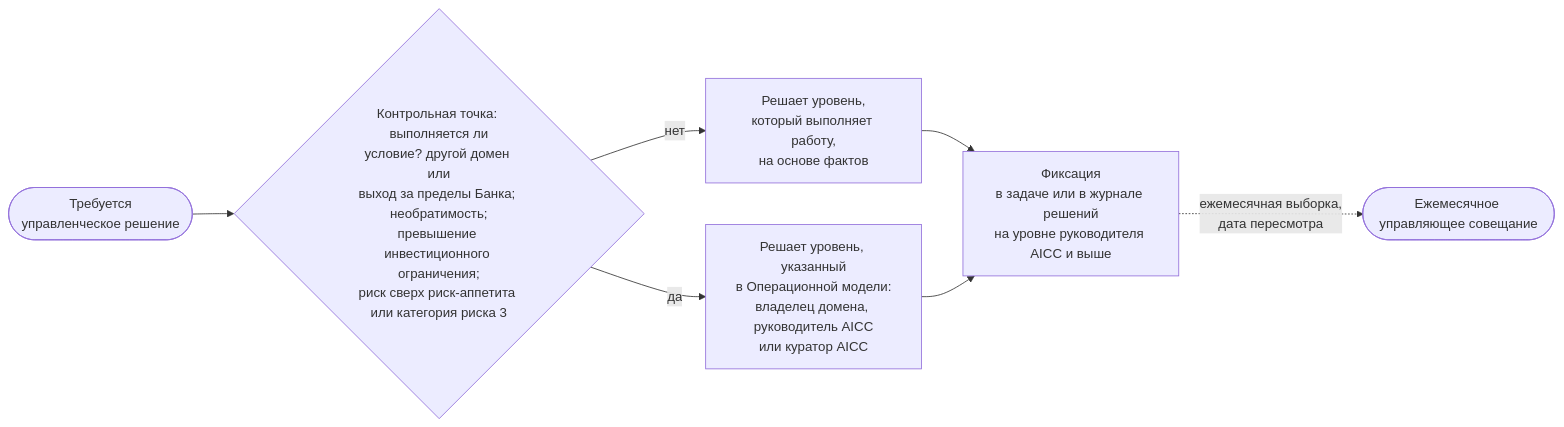
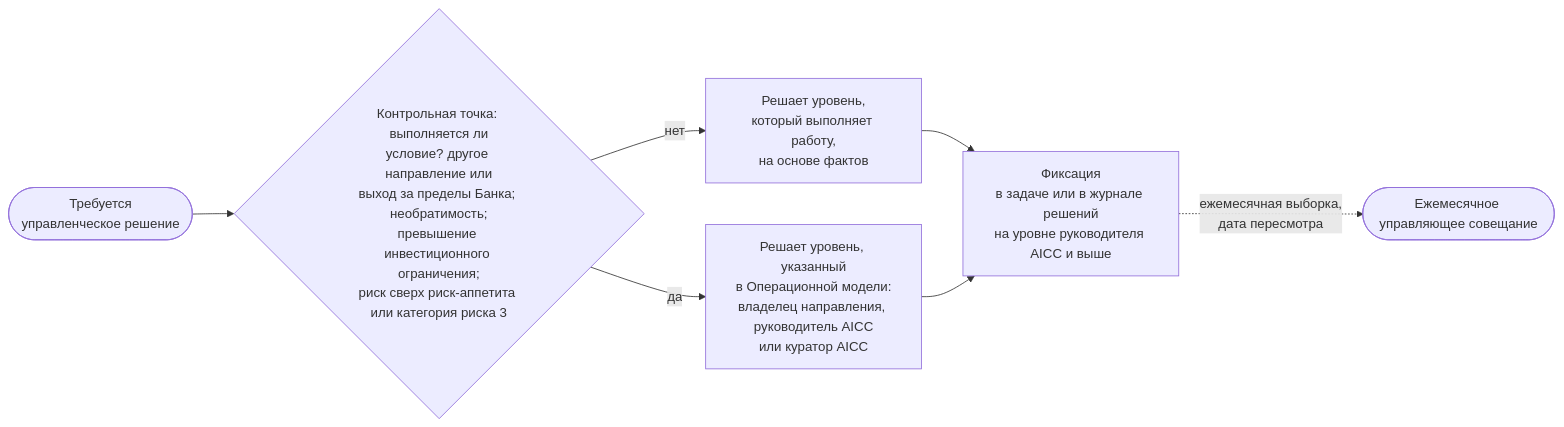
The diagram in portal/content/ru/governance/decisions-and-escalation.md (devhogu/ob-aicc), drawn with Mermaid before and after one commit. The commit also changed other lines of this file and 290 other files, not shown here.

First line of the commit message:
Russian edition: Domain is «направление» (владелец направления, эксперт направления); Strategic Priority 3 is «AI в работе направлений Банка»

````diff
--- a/portal/content/ru/governance/decisions-and-escalation.md
+++ b/portal/content/ru/governance/decisions-and-escalation.md
@@ -24,9 +24,9 @@
 ```mermaid
 flowchart LR
-  D(["Требуется<br/>управленческое решение"]) --> Q{"Контрольная точка: выполняется ли<br/>условие? другой домен или<br/>выход за пределы Банка; необратимость;<br/>превышение инвестиционного ограничения;<br/>риск сверх риск-аппетита или категория риска 3"}
+  D(["Требуется<br/>управленческое решение"]) --> Q{"Контрольная точка: выполняется ли<br/>условие? другое направление или<br/>выход за пределы Банка; необратимость;<br/>превышение инвестиционного ограничения;<br/>риск сверх риск-аппетита или категория риска 3"}
   Q -->|"нет"| L["Решает уровень,<br/>который выполняет работу,<br/>на основе фактов"]
-  Q -->|"да"| U["Решает уровень, указанный<br/>в Операционной модели:<br/>владелец домена, руководитель AICC<br/>или куратор AICC"]
+  Q -->|"да"| U["Решает уровень, указанный<br/>в Операционной модели:<br/>владелец направления, руководитель AICC<br/>или куратор AICC"]
   L --> R["Фиксация<br/>в задаче или в журнале решений<br/>на уровне руководителя AICC и выше"]
   U --> R
   R -.->|"ежемесячная выборка,<br/>дата пересмотра"| S(["Ежемесячное управляющее совещание"])
 ```
````
